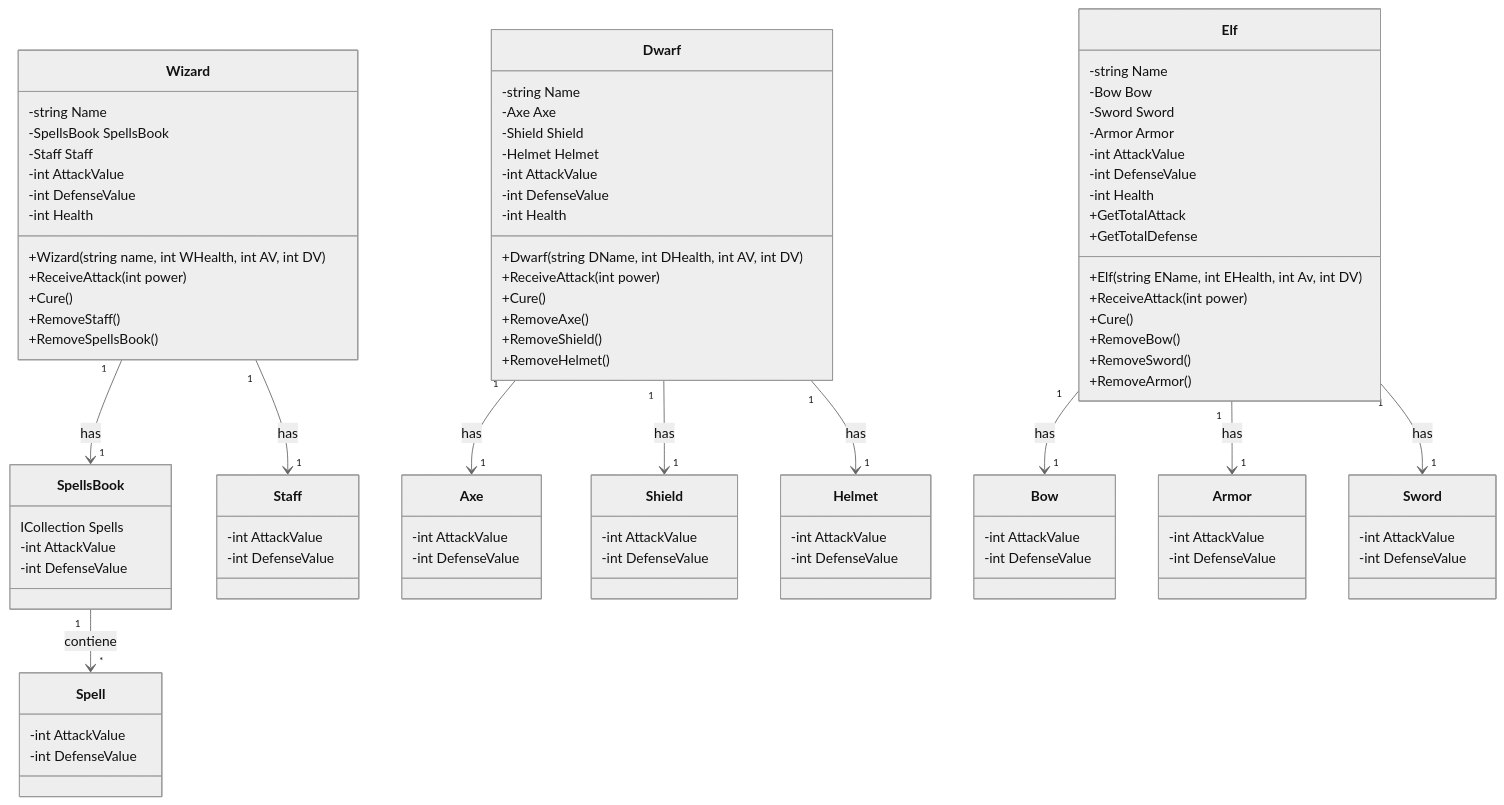
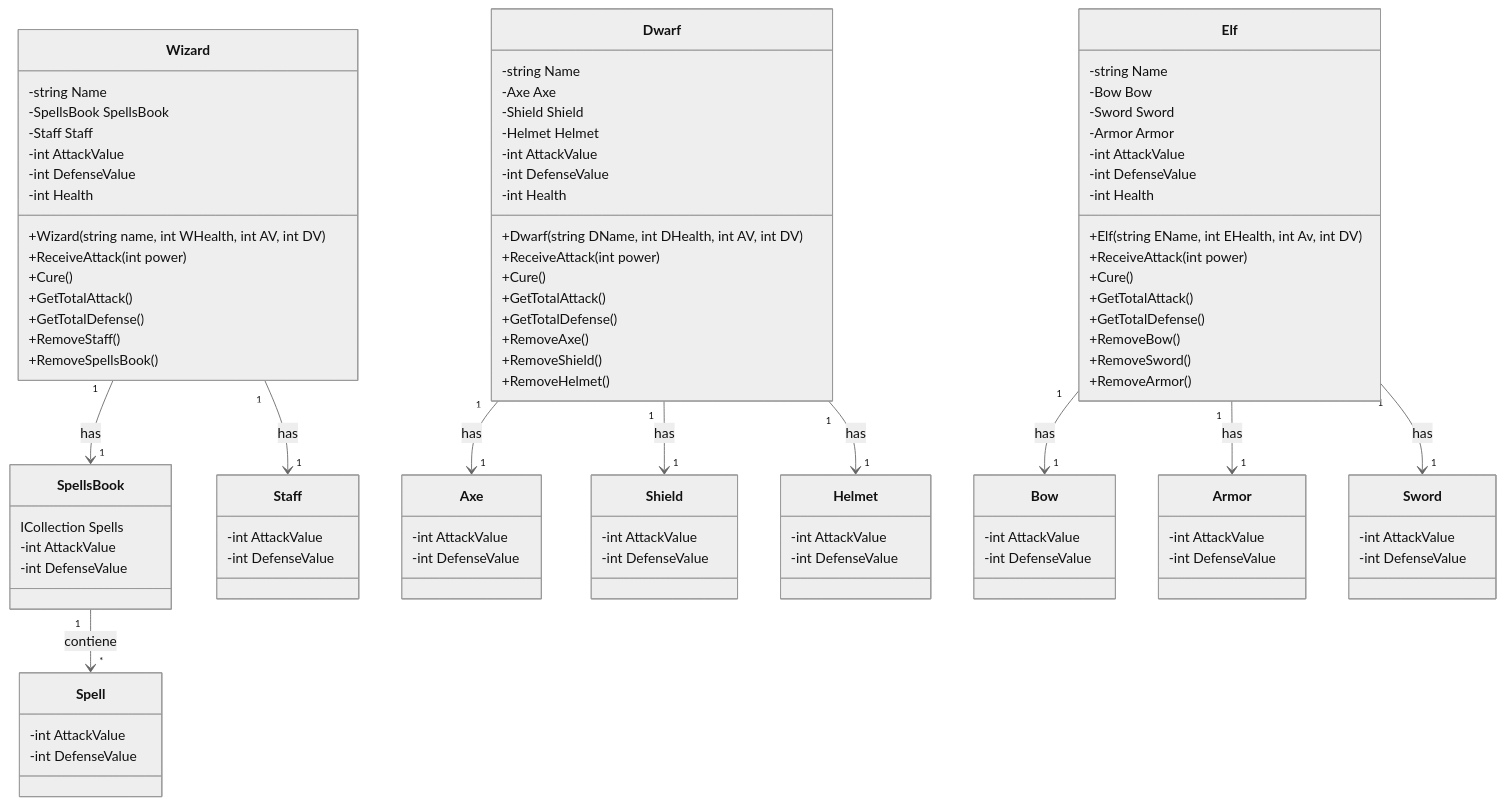
One commit to Franloc/PII_RoleplayGame_1_Start changed the diagram in DIAGRAM.md. Above: the diagram before and after it, drawn with Mermaid (neutral theme).

Commit message:
Fix method signatures in DIAGRAM.md

```diff
--- a/DIAGRAM.md
+++ b/DIAGRAM.md
@@ -36,6 +36,8 @@
       +Wizard(string name, int WHealth, int AV, int DV)
       +ReceiveAttack(int power)
       +Cure()
+      +GetTotalAttack()
+      +GetTotalDefense()
       +RemoveStaff()
       +RemoveSpellsBook()
     }
@@ -52,6 +54,8 @@
       +Dwarf(string DName, int DHealth, int AV, int DV)
       +ReceiveAttack(int power)
       +Cure()
+      +GetTotalAttack()
+      +GetTotalDefense()
       +RemoveAxe()
       +RemoveShield()
       +RemoveHelmet()
@@ -69,8 +73,8 @@
       +Elf(string EName, int EHealth, int Av, int DV)
       +ReceiveAttack(int power)
       +Cure()
-      +GetTotalAttack
-      +GetTotalDefense
+      +GetTotalAttack()
+      +GetTotalDefense()
       +RemoveBow()
       +RemoveSword()
       +RemoveArmor()
```
